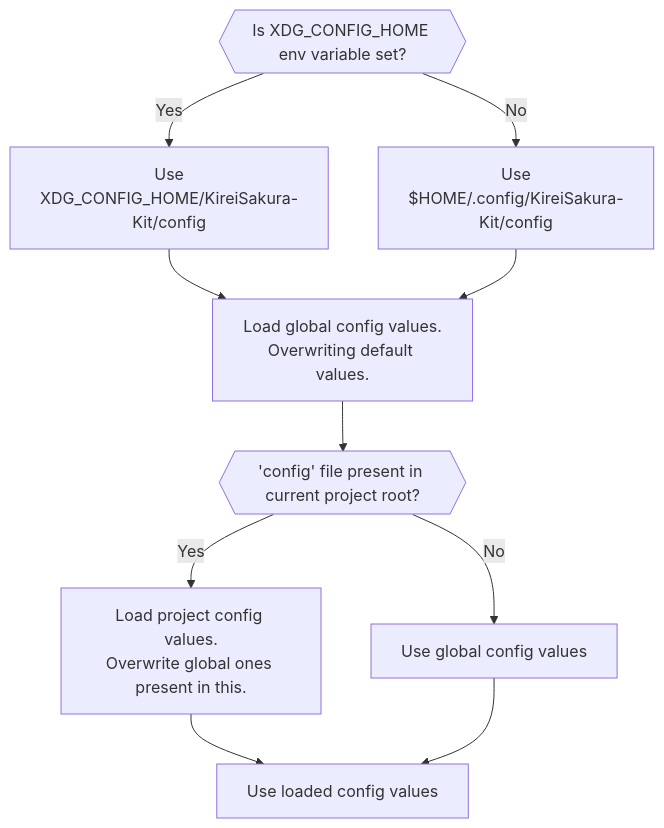
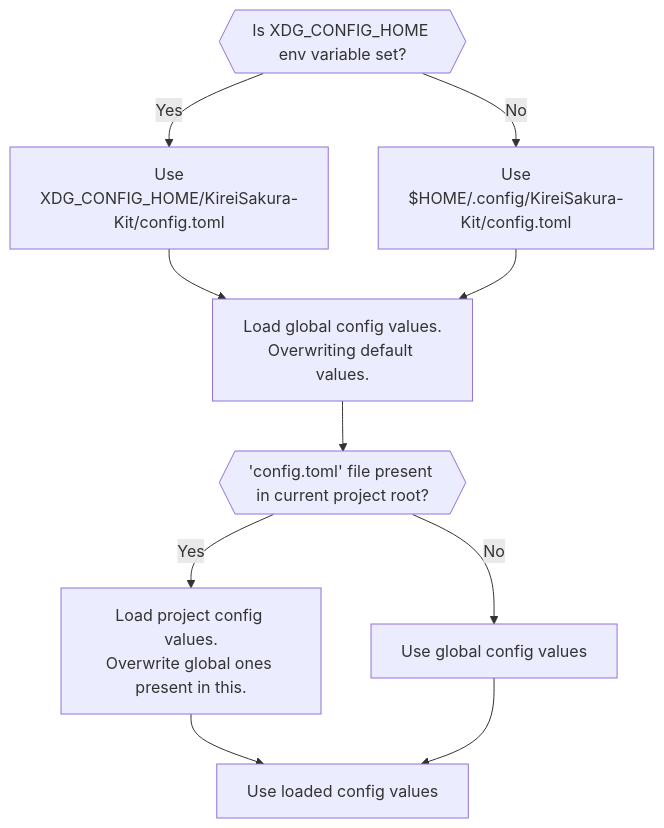
The diagram in docs/docs/config/index.md (soymadip/KireiSakura-Kit), drawn with Mermaid before and after one commit. The commit also changed other lines of this file and 8 other files, not shown here.

````diff
--- a/docs/docs/config/index.md
+++ b/docs/docs/config/index.md
@@ -33,14 +46,14 @@
 ```mermaid
 
 graph TD
     B{{Is XDG_CONFIG_HOME env variable set?}}
-    B -- Yes --> C[Use<br>XDG_CONFIG_HOME/KireiSakura-Kit/config]
-    B -- No --> D[Use<br>$HOME/.config/KireiSakura-Kit/config]
+    B -- Yes --> C[Use<br>XDG_CONFIG_HOME/KireiSakura-Kit/config.toml]
+    B -- No --> D[Use<br>$HOME/.config/KireiSakura-Kit/config.toml]
     C --> E[Load global config values.<br>Overwriting default values.]
     D --> E
-    E --> F{{'config' file present in current project root?}}
+    E --> F{{'config.toml' file present in current project root?}}
     F -- Yes --> G[Load project config values.<br>Overwrite global ones present in this.]
     F -- No --> H[Use global config values]
     G --> I[Use loaded config values]
     H --> I
 ```
````
